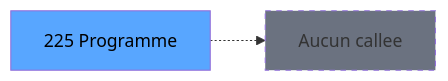
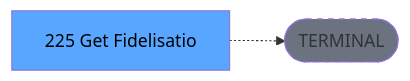
The third of 3 diagrams in .openspec/renders/ADH-IDE-225.md (thonyAGP/lecteur-magic), drawn with Mermaid before and after one commit. The commit also changed other lines of this file and 701 other files, not shown here.

````diff
--- a/.openspec/renders/ADH-IDE-225.md
+++ b/.openspec/renders/ADH-IDE-225.md
@@ -146,8 +135,8 @@
 ```mermaid
 graph LR
-    T[225 Programme]
-    NONE[Aucun callee]
-    T -.-> NONE
+    T[225 Get Fidelisatio]
+    TERM([TERMINAL])
+    T -.-> TERM
+    style TERM fill:#6b7280,stroke-dasharray: 5 5
     style T fill:#58a6ff,color:#000
-    style NONE fill:#6b7280,stroke-dasharray: 5 5
 ```
````
